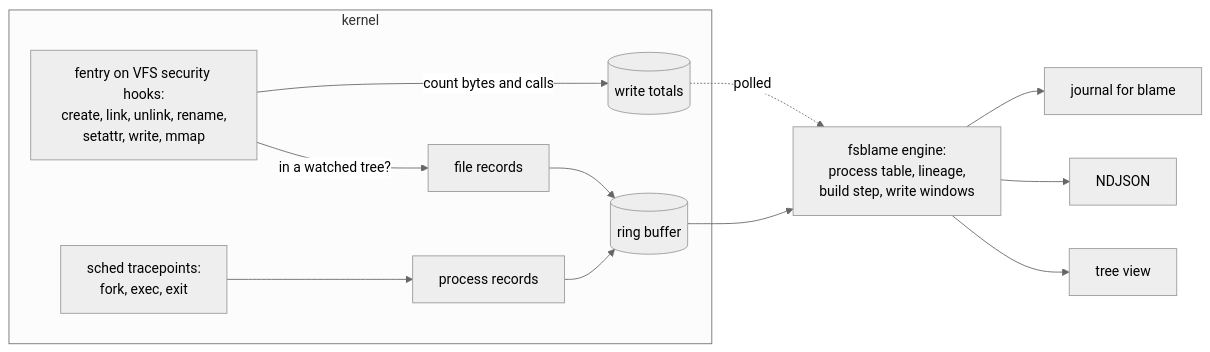
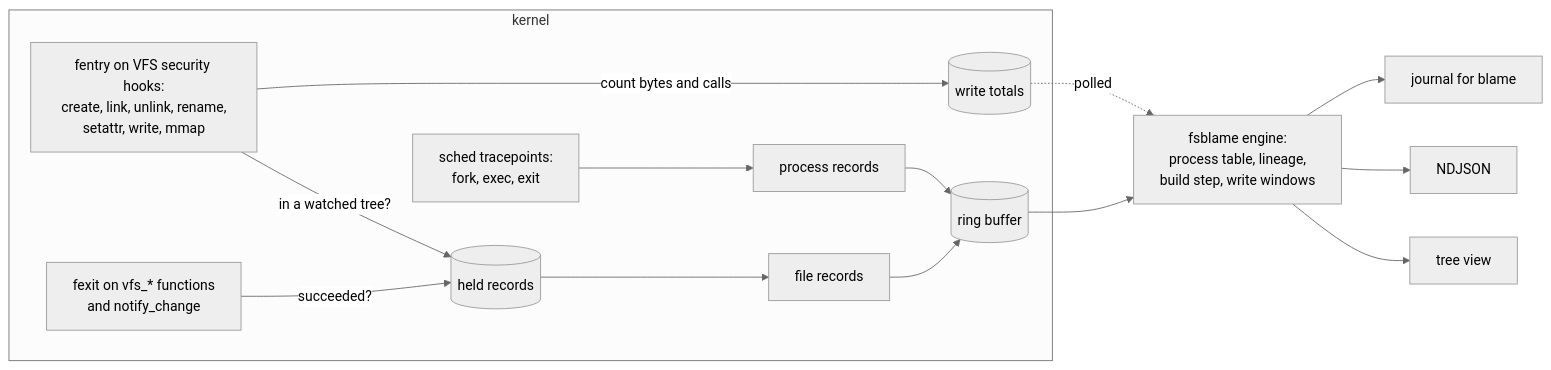
Before and after one commit to Arinerron/fsblame: the diagram in README.md, drawn with Mermaid (neutral theme). The commit also changed other lines of this file and 42 other files, not shown here.

````diff
--- a/README.md
+++ b/README.md
@@ -555,15 +599,17 @@
 ```mermaid
 flowchart LR
   subgraph kernel
-    H["fentry on VFS security hooks:<br/>create, link, unlink, rename,<br/>setattr, write, mmap"] -->|"in a watched tree?"| F["file records"]
+    H["fentry on VFS security hooks:<br/>create, link, unlink, rename,<br/>setattr, write, mmap"] -->|"in a watched tree?"| Q[("held records")]
+    X["fexit on vfs_* functions<br/>and notify_change"] -->|"succeeded?"| Q
+    Q --> F["file records"]
     H -->|"count bytes and calls"| W[("write totals")]
     S["sched tracepoints:<br/>fork, exec, exit"] --> P["process records"]
     F --> R[("ring buffer")]
     P --> R
   end
   R --> E["fsblame engine:<br/>process table, lineage,<br/>build step, write windows"]
   W -.polled.-> E
   E --> O1["tree view"]
   E --> O2["NDJSON"]
   E --> O3["journal for blame"]
 ```
````
